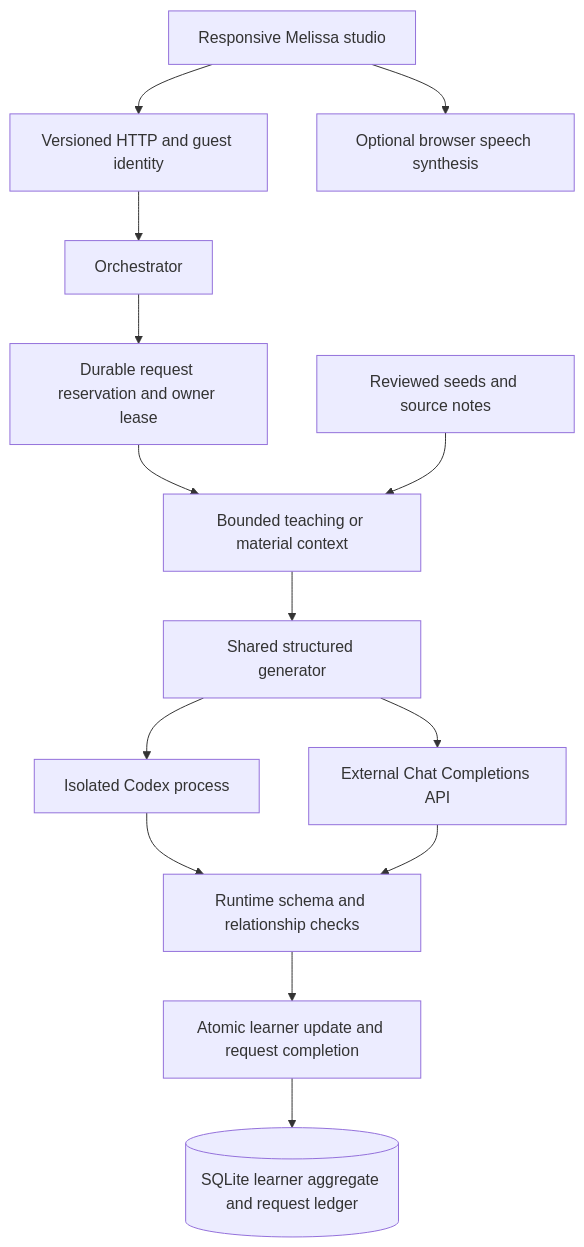
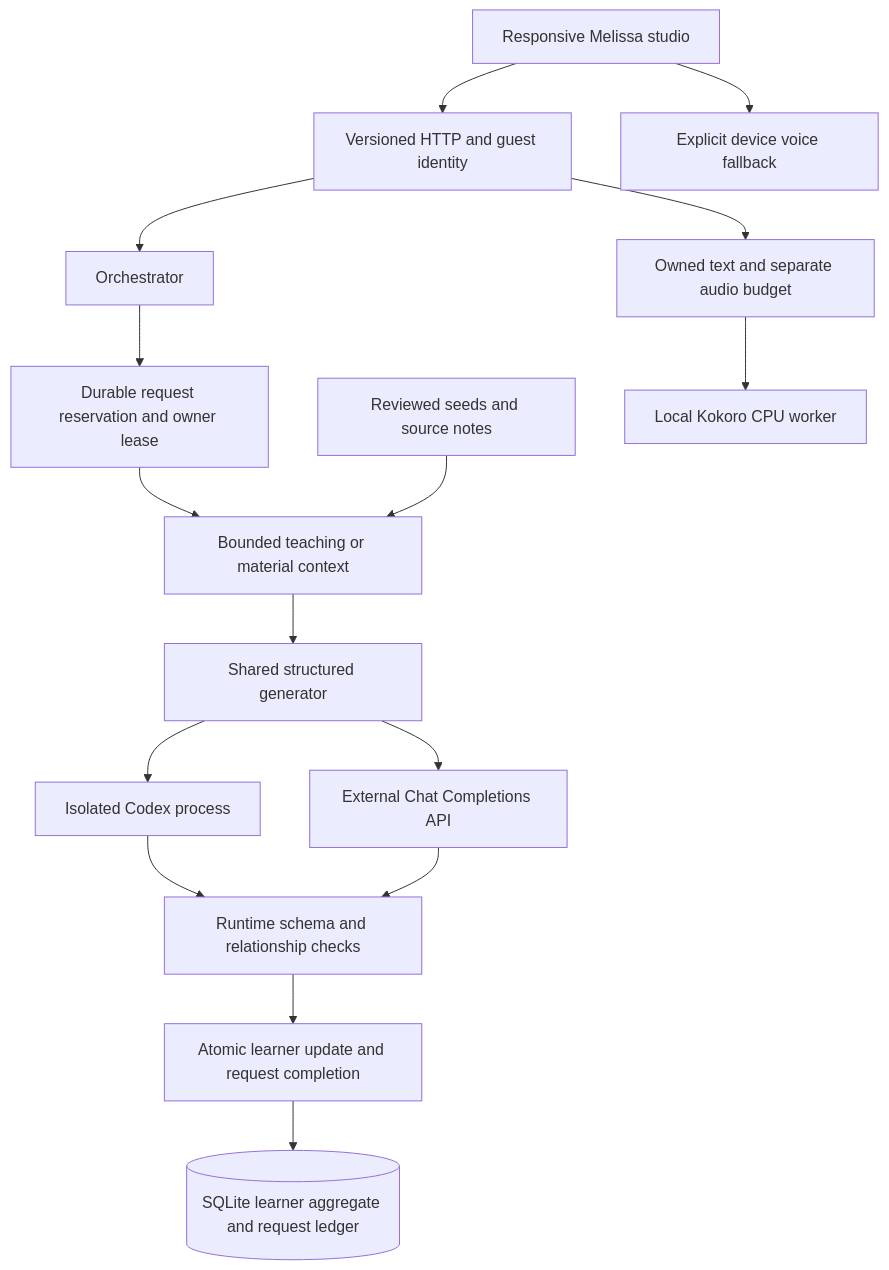
The diagram in docs/architecture.md (minexiangg-hue/Melissa), drawn with Mermaid before and after one commit. The commit also changed other lines of this file and 48 other files, not shown here.

Commit message:
Add local Kokoro speech with bounded playback and isolated inference

````diff
--- a/docs/architecture.md
+++ b/docs/architecture.md
@@ -11,16 +11,18 @@
 ```mermaid
 flowchart TD
   UI[Responsive Melissa studio] --> HTTP[Versioned HTTP and guest identity]
   HTTP --> ORCH[Orchestrator]
   ORCH --> LEASE[Durable request reservation and owner lease]
   LEASE --> CONTEXT[Bounded teaching or material context]
   KNOWLEDGE[Reviewed seeds and source notes] --> CONTEXT
   CONTEXT --> GENERATE[Shared structured generator]
   GENERATE --> CODEX[Isolated Codex process]
   GENERATE --> API[External Chat Completions API]
   CODEX --> VALIDATE[Runtime schema and relationship checks]
   API --> VALIDATE
   VALIDATE --> COMMIT[Atomic learner update and request completion]
   COMMIT --> DB[(SQLite learner aggregate and request ledger)]
-  UI --> VOICE[Optional browser speech synthesis]
+  HTTP --> SPEECH[Owned text and separate audio budget]
+  SPEECH --> KOKORO[Local Kokoro CPU worker]
+  UI --> VOICE[Explicit device voice fallback]
 ```
````
